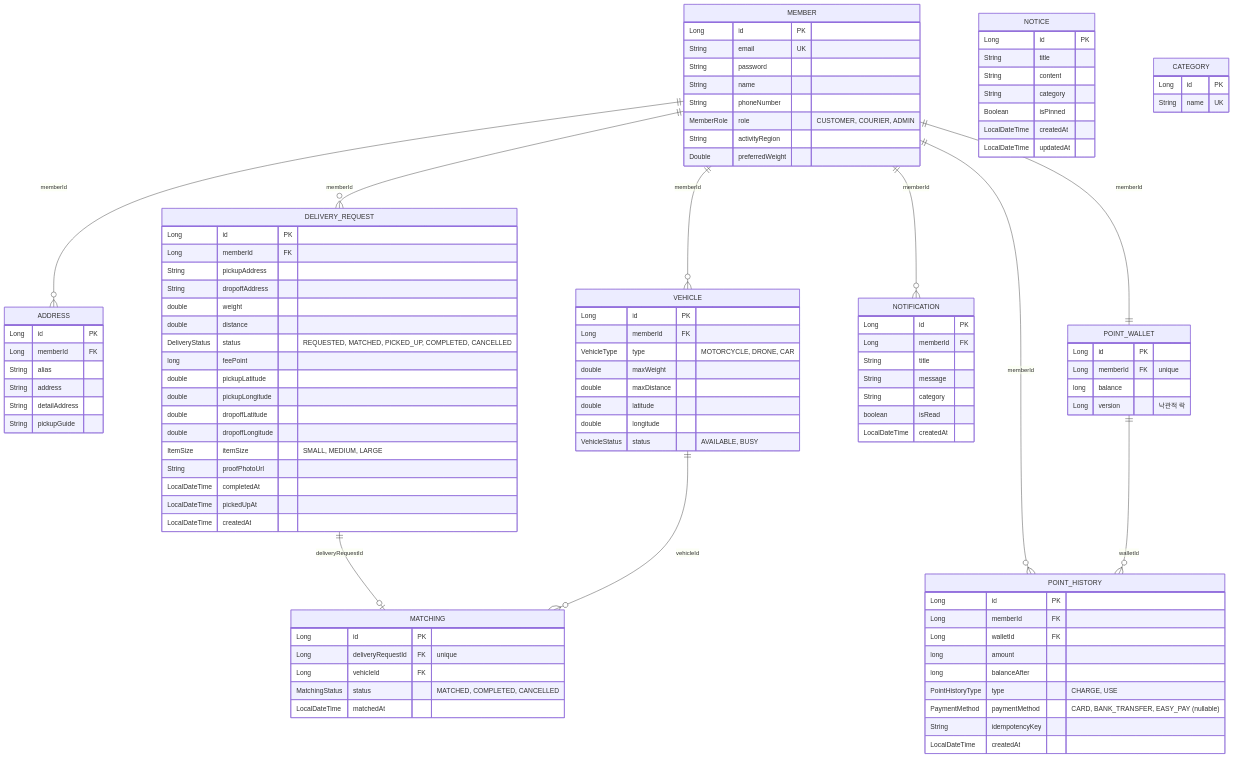
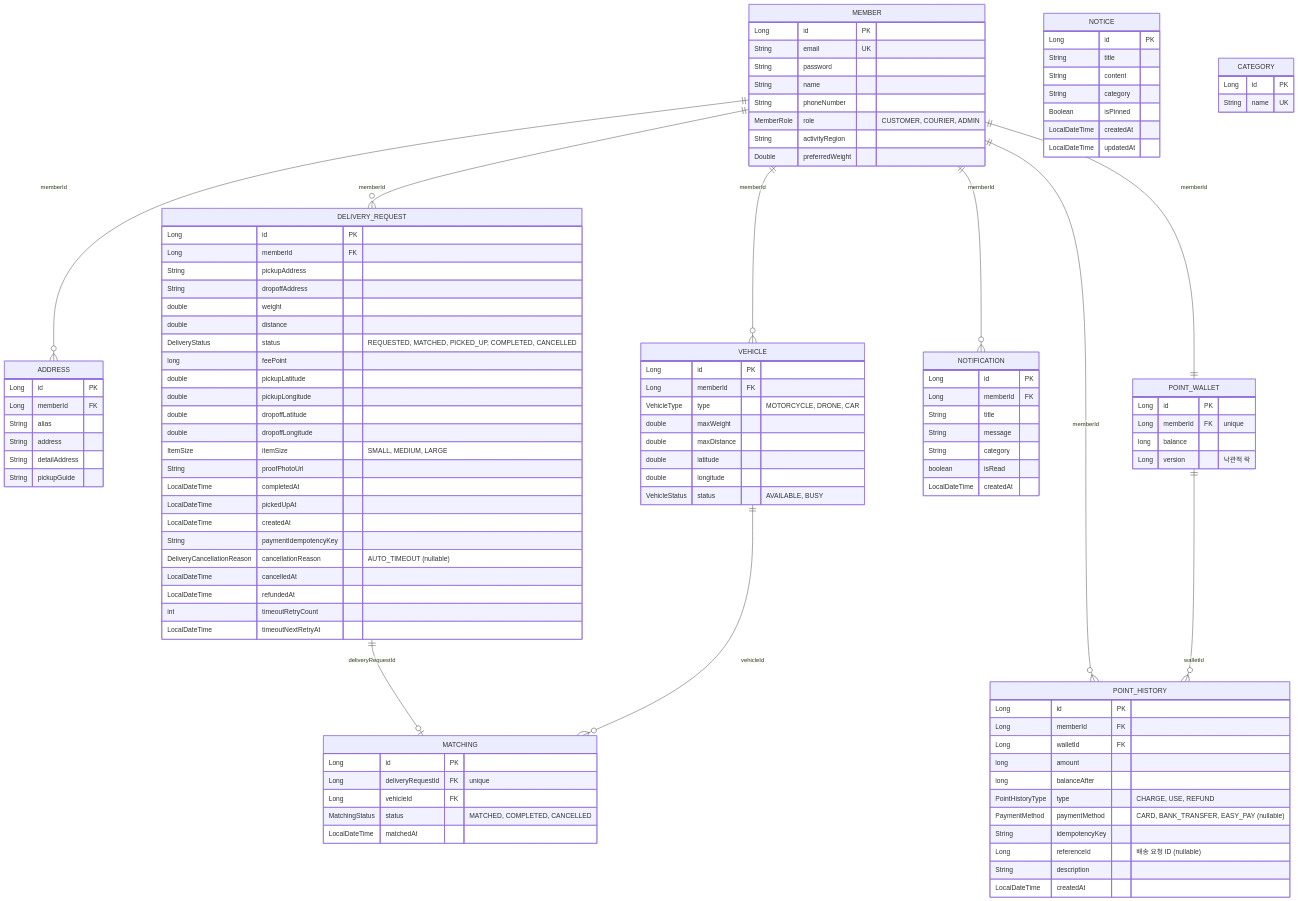
Before and after one commit to ShinhanDSProject/shinhan-delivery: the diagram in docs/architecture/ERD-데이터베이스-연관관계도.md, drawn with Mermaid. The commit also changed other lines of this file and 34 other files, not shown here.

```diff
--- a/docs/architecture/ERD-데이터베이스-연관관계도.md
+++ b/docs/architecture/ERD-데이터베이스-연관관계도.md
@@ -91,6 +91,12 @@
         LocalDateTime completedAt
         LocalDateTime pickedUpAt
         LocalDateTime createdAt
+        String paymentIdempotencyKey
+        DeliveryCancellationReason cancellationReason "AUTO_TIMEOUT (nullable)"
+        LocalDateTime cancelledAt
+        LocalDateTime refundedAt
+        int timeoutRetryCount
+        LocalDateTime timeoutNextRetryAt
     }
 
     MATCHING {
@@ -114,9 +120,11 @@
         Long walletId FK
         long amount
         long balanceAfter
-        PointHistoryType type "CHARGE, USE"
+        PointHistoryType type "CHARGE, USE, REFUND"
         PaymentMethod paymentMethod "CARD, BANK_TRANSFER, EASY_PAY (nullable)"
         String idempotencyKey
+        Long referenceId "배송 요청 ID (nullable)"
+        String description
         LocalDateTime createdAt
     }
 
```
